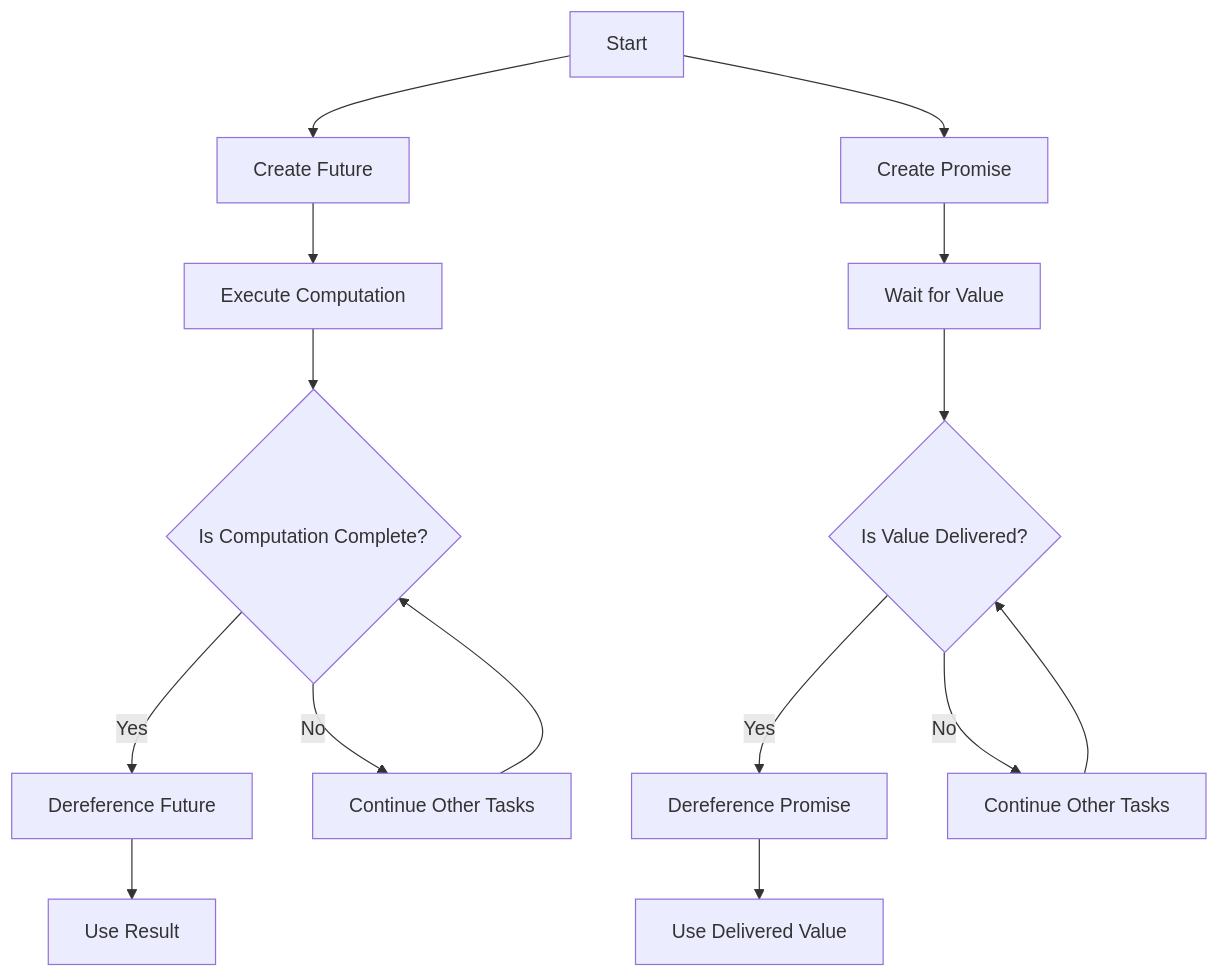
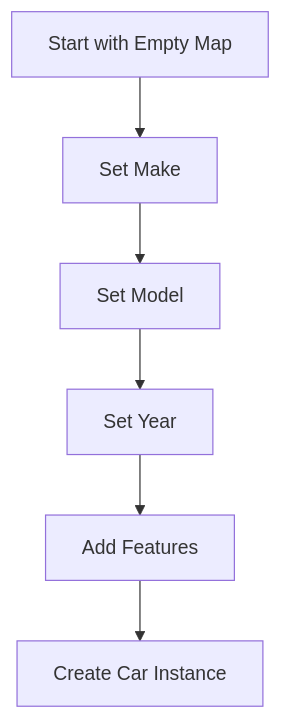
Before and after one commit to MasteryEducation/SoftwarePatternsLexicon.com: the diagram in content/patterns-clojure/6/3/index.md, drawn with Mermaid. The commit also changed other lines of this file and 462 other files, not shown here.

````diff
--- a/content/patterns-clojure/6/3/index.md
+++ b/content/patterns-clojure/6/3/index.md
@@ -112,17 +100,8 @@
 ```mermaid
 graph TD;
-    A[Start] --> B[Create Future];
-    B --> C[Execute Computation];
-    C --> D{Is Computation Complete?};
-    D -- Yes --> E[Dereference Future];
-    D -- No --> F[Continue Other Tasks];
-    E --> G[Use Result];
-    F --> D;
-    A --> H[Create Promise];
-    H --> I[Wait for Value];
-    I --> J{Is Value Delivered?};
-    J -- Yes --> K[Dereference Promise];
-    J -- No --> L[Continue Other Tasks];
-    K --> M[Use Delivered Value];
-    L --> J;
+    A[Start with Empty Map] --> B[Set Make]
+    B --> C[Set Model]
+    C --> D[Set Year]
+    D --> E[Add Features]
+    E --> F[Create Car Instance]
 ```
````
